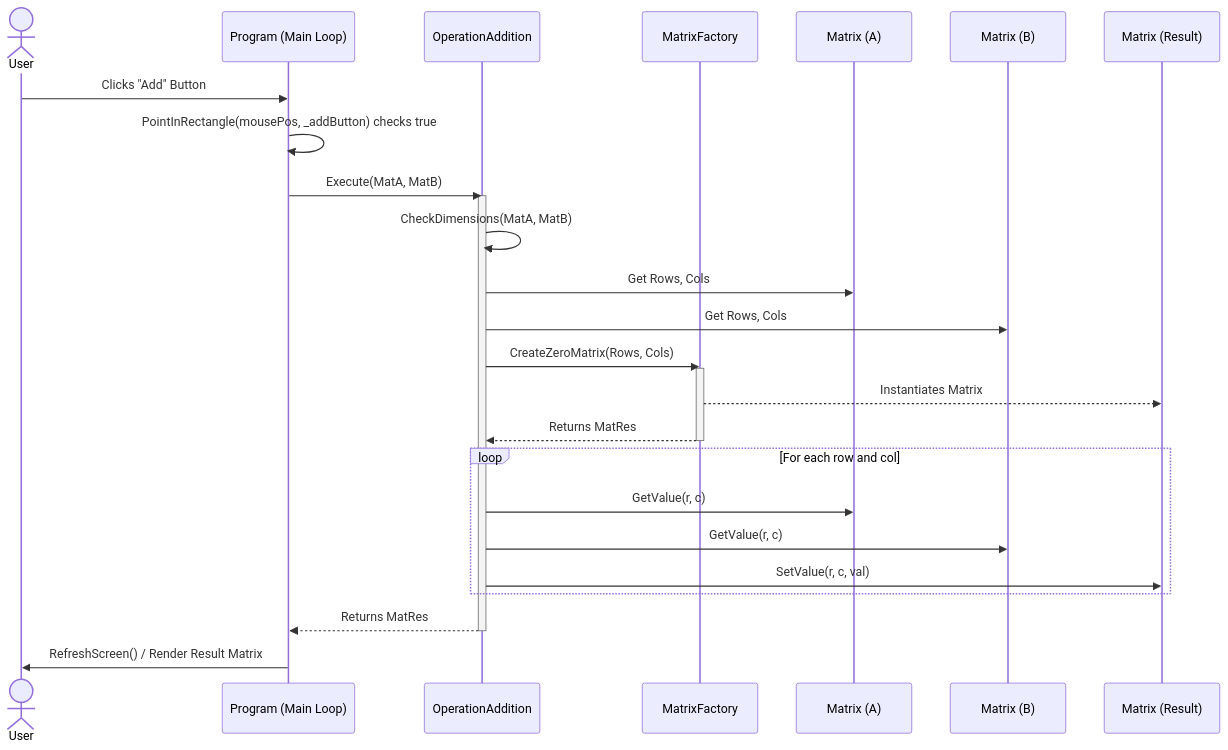
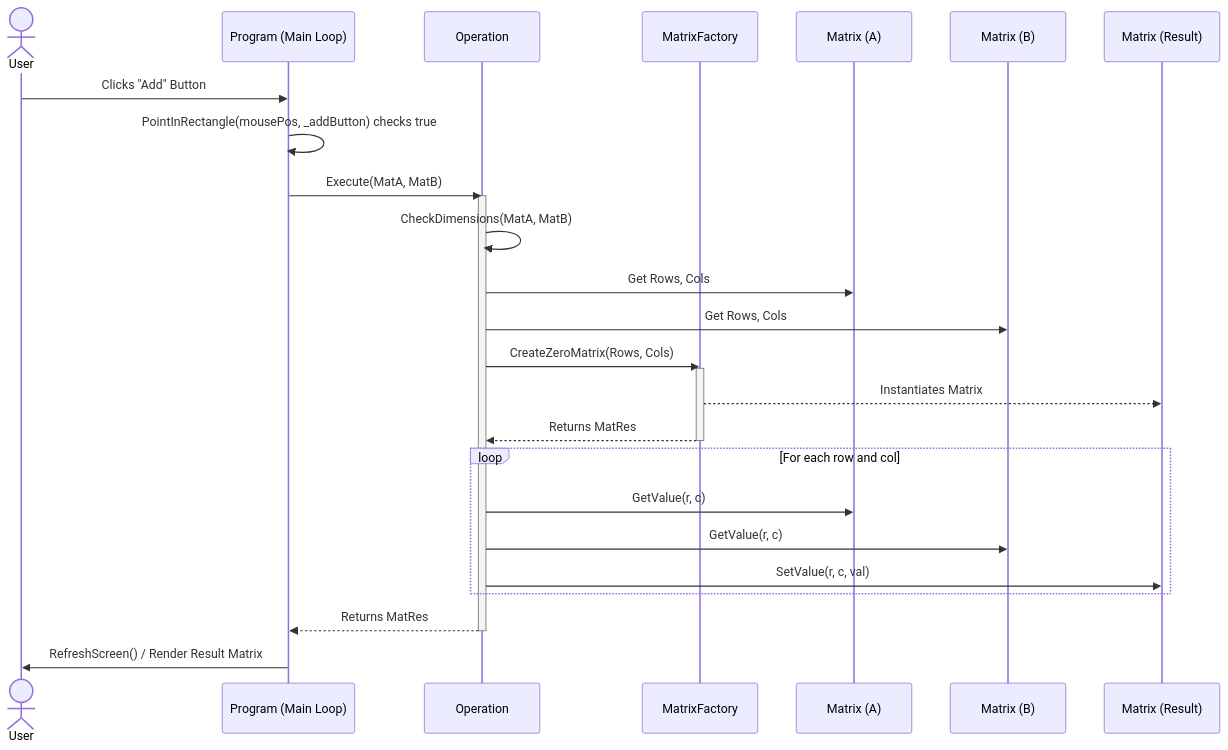
Before and after one commit to Puzzl3Mak3r/Matrix-Calculator-Custom-Project: the diagram in UMLsequence.md, drawn with Mermaid. The commit also changed other lines of this file and 14 other files, not shown here.

````diff
--- a/UMLsequence.md
+++ b/UMLsequence.md
@@ -7,37 +7,37 @@
 ```mermaid
 sequenceDiagram
     actor User
     participant GUI as Program (Main Loop)
-    participant Strategy as OperationAddition
+    participant Strategy as Operation
     participant Factory as MatrixFactory
     participant MatA as Matrix (A)
     participant MatB as Matrix (B)
     participant MatRes as Matrix (Result)
 
     User->>GUI: Clicks "Add" Button
     GUI->>GUI: PointInRectangle(mousePos, _addButton) checks true
     
     GUI->>Strategy: Execute(MatA, MatB)
     activate Strategy
     
     Strategy->>Strategy: CheckDimensions(MatA, MatB)
     Strategy->>MatA: Get Rows, Cols
     Strategy->>MatB: Get Rows, Cols
     
     Strategy->>Factory: CreateZeroMatrix(Rows, Cols)
     activate Factory
     Factory-->>MatRes: Instantiates Matrix
     Factory-->>Strategy: Returns MatRes
     deactivate Factory
     
     loop For each row and col
         Strategy->>MatA: GetValue(r, c)
         Strategy->>MatB: GetValue(r, c)
         Strategy->>MatRes: SetValue(r, c, val)
     end
 
     Strategy-->>GUI: Returns MatRes
     deactivate Strategy
     
     GUI->>User: RefreshScreen() / Render Result Matrix
 ```
````
